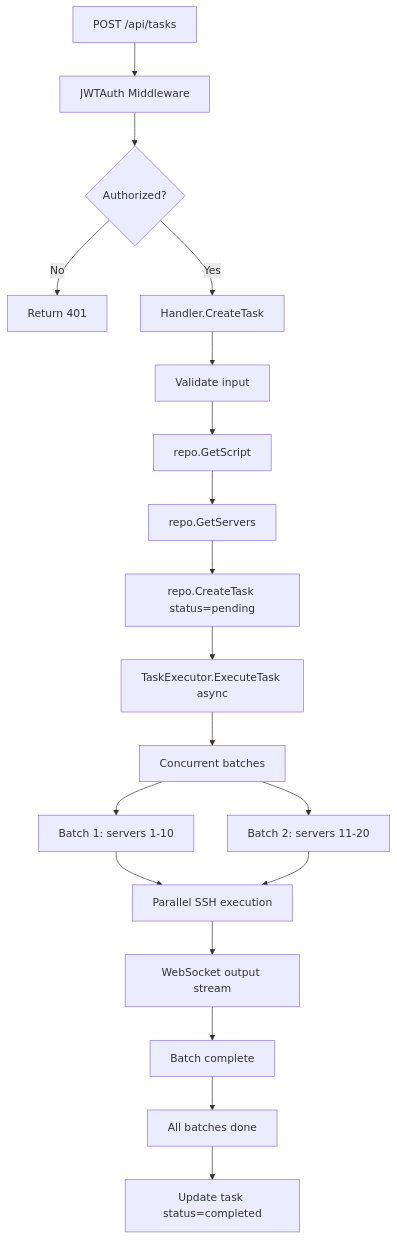
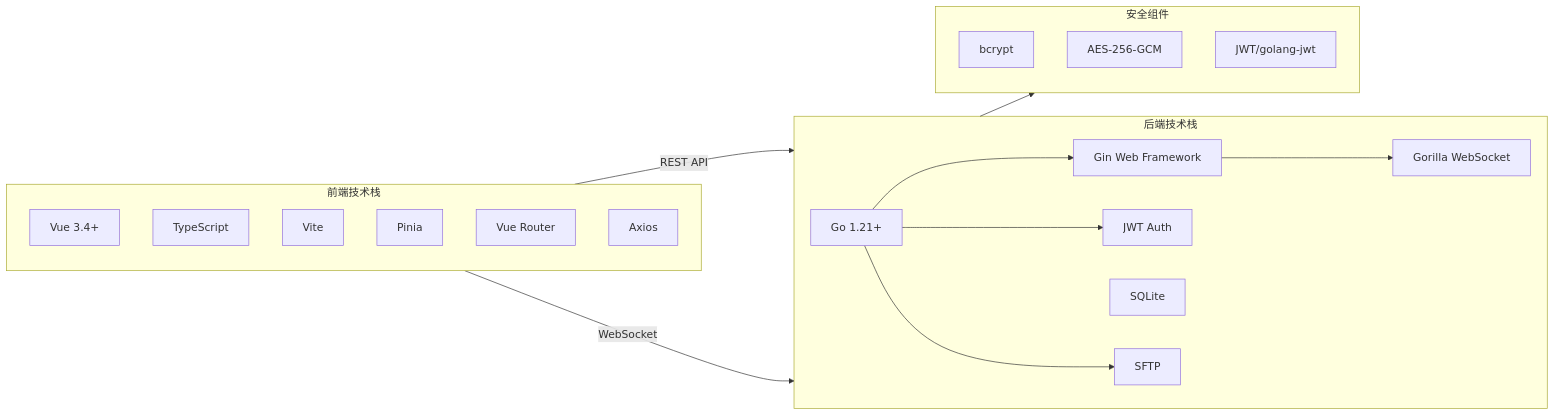
The second of 8 diagrams in docs/modules/node-pilot.md (gcggcg/node-pilot), drawn with Mermaid before and after one commit. The commit also changed other lines of this file and 35 other files, not shown here.

````diff
--- a/docs/modules/node-pilot.md
+++ b/docs/modules/node-pilot.md
@@ -494,22 +56,35 @@
 ```mermaid
-flowchart TD
-    A[POST /api/tasks] --> B[JWTAuth Middleware]
-    B --> C{Authorized?}
-    C -->|No| D[Return 401]
-    C -->|Yes| E[Handler.CreateTask]
-    E --> F[Validate input]
-    F --> G[repo.GetScript]
-    G --> H[repo.GetServers]
-    H --> I[repo.CreateTask status=pending]
-    I --> J[TaskExecutor.ExecuteTask async]
+flowchart LR
+    subgraph Frontend["前端技术栈"]
+        Vue3[Vue 3.4+]
+        TS[TypeScript]
+        Vite[Vite]
+        Pinia[Pinia]
+        Router[Vue Router]
+        Axios[Axios]
+    end
 
-    J --> K[Concurrent batches]
-    K --> L[Batch 1: servers 1-10]
-    K --> M[Batch 2: servers 11-20]
-    L --> N[Parallel SSH execution]
-    M --> N
-    N --> O[WebSocket output stream]
-    O --> P[Batch complete]
-    P --> Q[All batches done]
-    Q --> R[Update task status=completed]
+    subgraph Backend["后端技术栈"]
+        Go[Go 1.21+]
+        Gin[Gin Web Framework]
+        JWT[JWT Auth]
+        WS[Gorilla WebSocket]
+        SQLite[SQLite]
+        SFTP[SFTP]
+    end
+
+    subgraph Security["安全组件"]
+        Bcrypt[bcrypt]
+        AES256[AES-256-GCM]
+        JWTCrypto[JWT/golang-jwt]
+    end
+
+    Frontend --> |REST API| Backend
+    Frontend --> |WebSocket| Backend
+    Backend --> Security
+    Backend --> SQLite
+    Go --> Gin
+    Gin --> WS
+    Go --> JWT
+    Go --> SFTP
 ```
````
